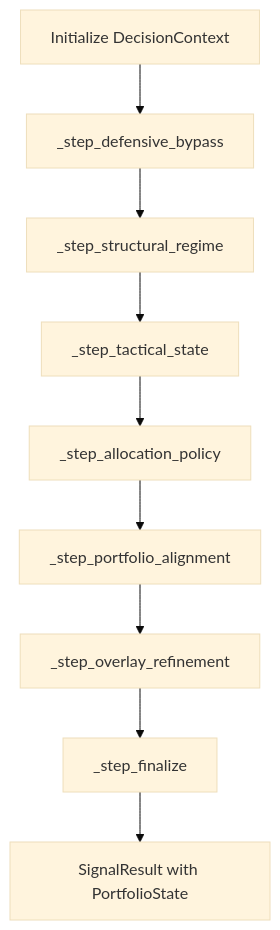
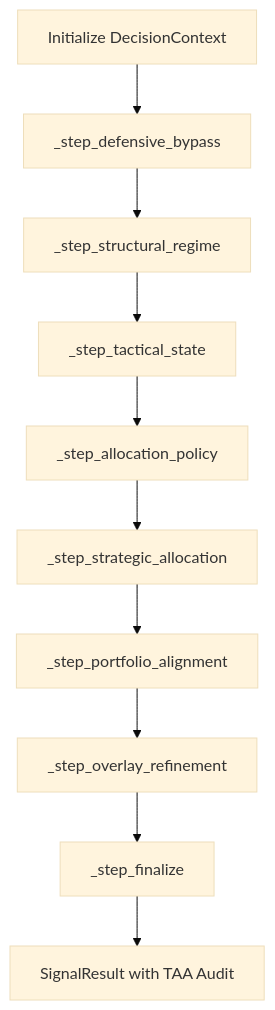
The diagram in docs/architecture.md (yutaofr/qqq-buyer-monitor), drawn with Mermaid (base theme) before and after one commit. The commit also changed other lines of this file and 2 other files, not shown here.

First line of the commit message:
docs(v6.3): upgrade all system documentation to reflect strategic TAA and beta audit

````diff
--- a/docs/architecture.md
+++ b/docs/architecture.md
@@ -26,11 +26,12 @@
 ```mermaid
 graph TD
     A[Initialize DecisionContext] --> B[_step_defensive_bypass]
     B --> C[_step_structural_regime]
     C --> D[_step_tactical_state]
     D --> E[_step_allocation_policy]
-    E --> F[_step_portfolio_alignment]
-    F --> G[_step_overlay_refinement]
-    G --> H[_step_finalize]
-    H --> I[SignalResult with PortfolioState]
+    E --> F[_step_strategic_allocation]
+    F --> G[_step_portfolio_alignment]
+    G --> H[_step_overlay_refinement]
+    H --> I[_step_finalize]
+    I --> J[SignalResult with TAA Audit]
 ```
````
